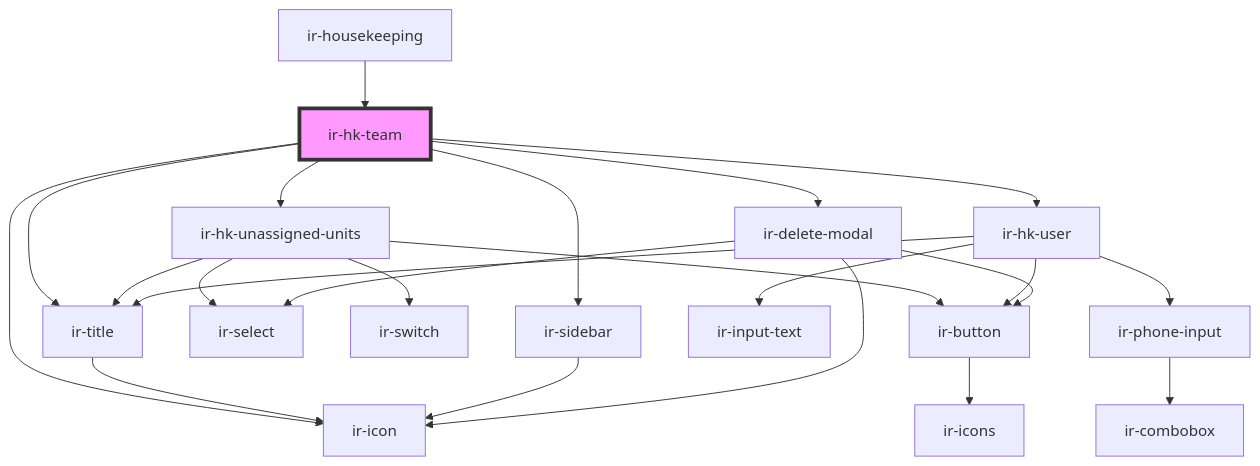
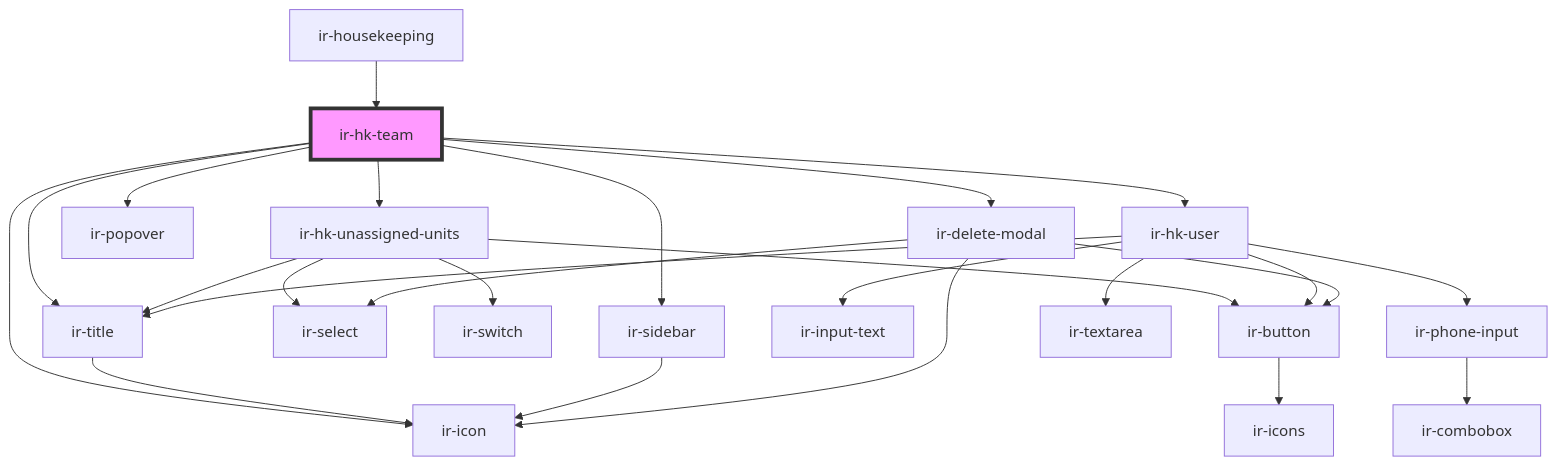
Before and after one commit to David1Chowaifaty/modified-ir-webcmp: the diagram in src/components/ir-housekeeping/ir-hk-team/readme.md, drawn with Mermaid. The commit also changed other lines of this file and 41 other files, not shown here.

````diff
--- a/src/components/ir-housekeeping/ir-hk-team/readme.md
+++ b/src/components/ir-housekeeping/ir-hk-team/readme.md
@@ -24,26 +25,28 @@
 ```mermaid
 graph TD;
   ir-hk-team --> ir-hk-unassigned-units
   ir-hk-team --> ir-hk-user
   ir-hk-team --> ir-title
   ir-hk-team --> ir-icon
+  ir-hk-team --> ir-popover
   ir-hk-team --> ir-sidebar
   ir-hk-team --> ir-delete-modal
   ir-hk-unassigned-units --> ir-select
   ir-hk-unassigned-units --> ir-switch
   ir-hk-unassigned-units --> ir-title
   ir-hk-unassigned-units --> ir-button
   ir-title --> ir-icon
   ir-button --> ir-icons
   ir-hk-user --> ir-title
   ir-hk-user --> ir-input-text
   ir-hk-user --> ir-phone-input
+  ir-hk-user --> ir-textarea
   ir-hk-user --> ir-button
   ir-phone-input --> ir-combobox
   ir-sidebar --> ir-icon
   ir-delete-modal --> ir-icon
   ir-delete-modal --> ir-select
   ir-delete-modal --> ir-button
   ir-housekeeping --> ir-hk-team
   style ir-hk-team fill:#f9f,stroke:#333,stroke-width:4px
 ```
````
